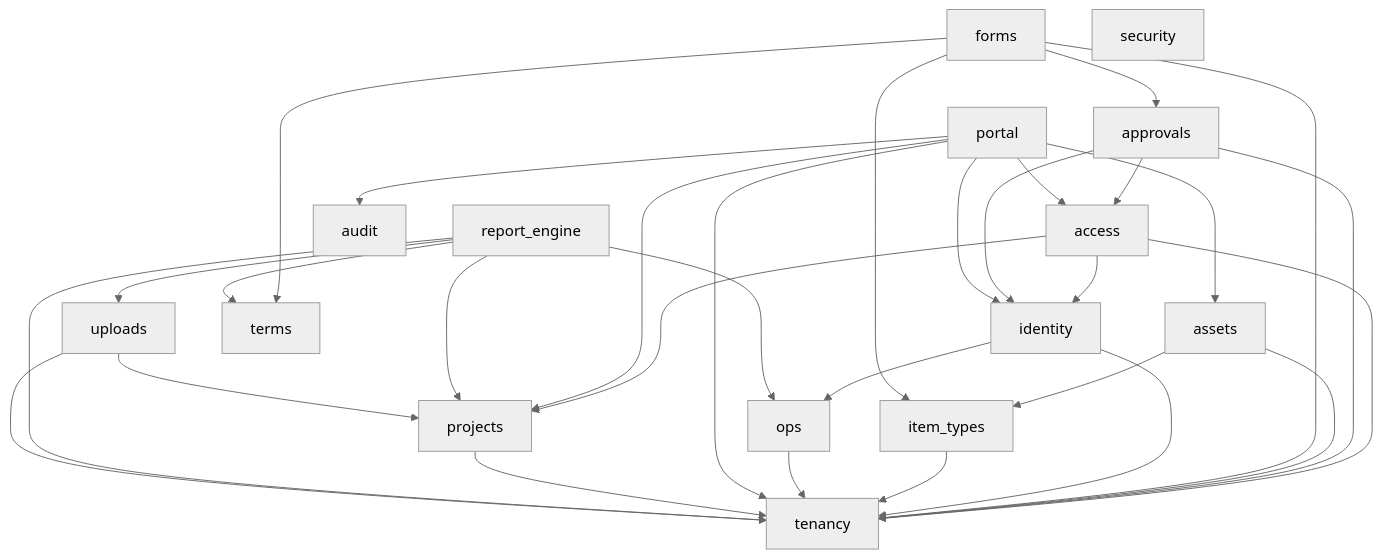
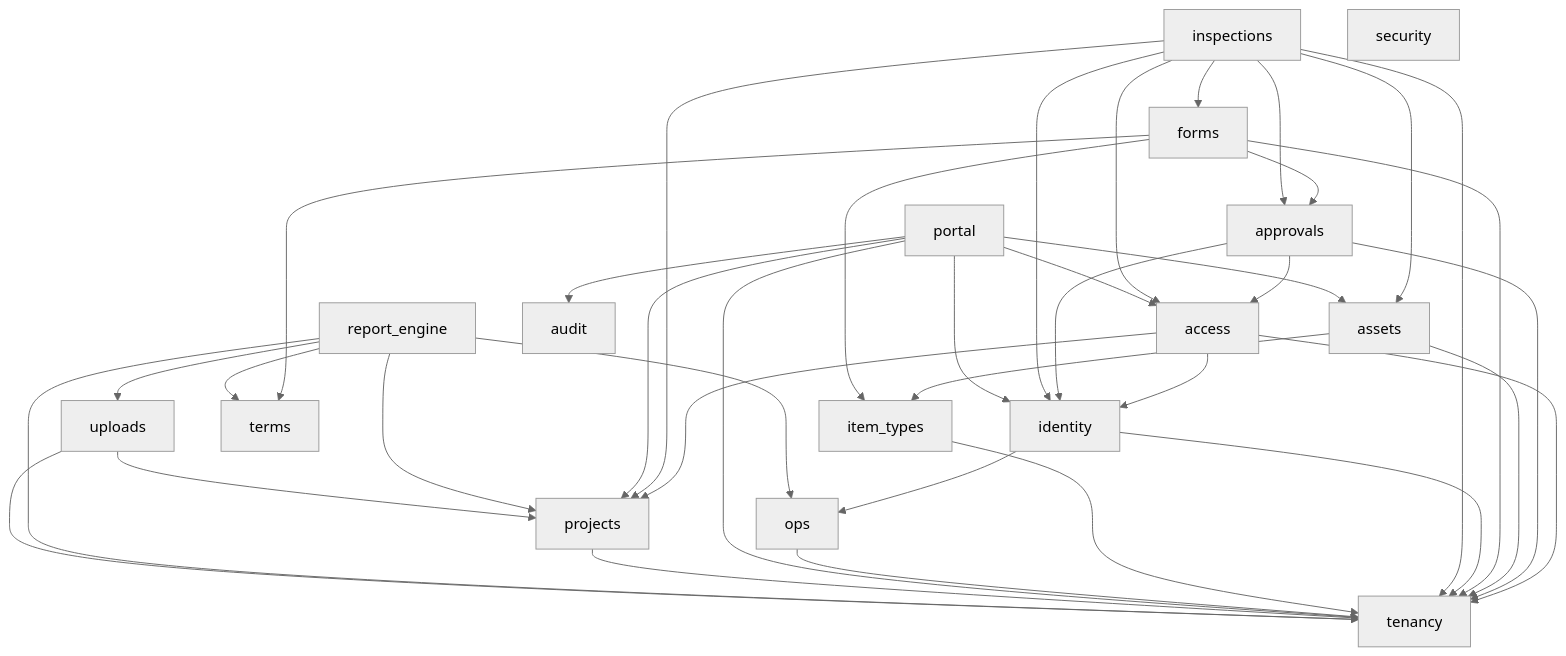
One commit to kingdonk-ops/Project-AIP changed the diagram in docs/architecture/module-map.md. Above: the diagram before and after it, drawn with Mermaid (neutral theme). The commit also changed other lines of this file and 61 other files, not shown here.

First line of the commit message:
[ClaudeK] INSPECTIONS-01: inspections against an asset with a pinned form revision, lifecycle on the APPROVALS-09 preset (#218)

````diff
--- a/docs/architecture/module-map.md
+++ b/docs/architecture/module-map.md
@@ -30,37 +31,44 @@
 ```mermaid
 graph TD
     access --> identity
     access --> projects
     access --> tenancy
     approvals --> access
     approvals --> identity
     approvals --> tenancy
     assets --> item_types
     assets --> tenancy
     audit
     forms --> approvals
     forms --> item_types
     forms --> tenancy
     forms --> terms
     identity --> ops
     identity --> tenancy
+    inspections --> access
+    inspections --> approvals
+    inspections --> assets
+    inspections --> forms
+    inspections --> identity
+    inspections --> projects
+    inspections --> tenancy
     item_types --> tenancy
     ops --> tenancy
     portal --> access
     portal --> assets
     portal --> audit
     portal --> identity
     portal --> projects
     portal --> tenancy
     projects --> tenancy
     report_engine --> ops
     report_engine --> projects
     report_engine --> tenancy
     report_engine --> terms
     report_engine --> uploads
     security
     tenancy
     terms
     uploads --> projects
     uploads --> tenancy
 ```
````
